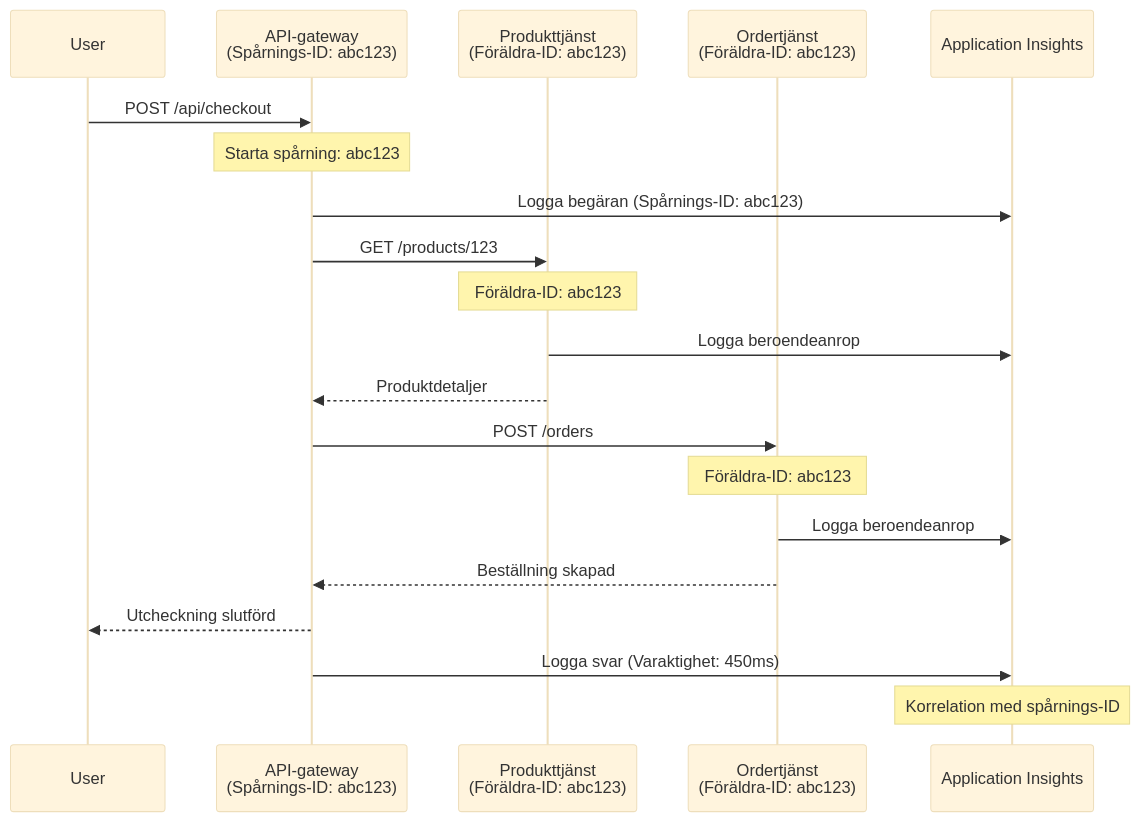
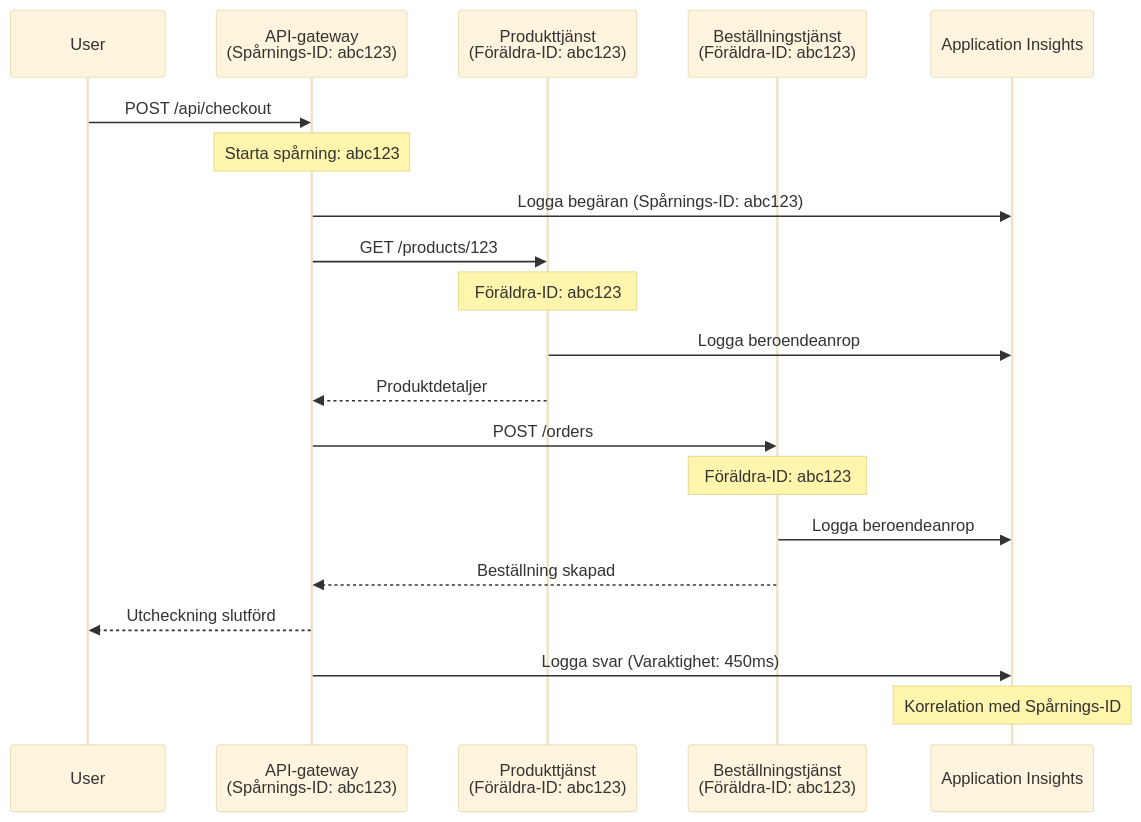
The second of 2 diagrams in translations/sv/docs/chapter-06-pre-deployment/application-insights.md (microsoft/AZD-for-beginners), drawn with Mermaid (base theme) before and after one commit. The commit also changed other lines of this file and 101 other files, not shown here.

````diff
--- a/translations/sv/docs/chapter-06-pre-deployment/application-insights.md
+++ b/translations/sv/docs/chapter-06-pre-deployment/application-insights.md
@@ -744,27 +744,27 @@
 ```mermaid
 sequenceDiagram
     participant User
     participant Gateway as API-gateway<br/>(Spårnings-ID: abc123)
     participant Product as Produkttjänst<br/>(Föräldra-ID: abc123)
-    participant Order as Ordertjänst<br/>(Föräldra-ID: abc123)
+    participant Order as Beställningstjänst<br/>(Föräldra-ID: abc123)
     participant AppInsights as Application Insights
     
     User->>Gateway: POST /api/checkout
     Note over Gateway: Starta spårning: abc123
     Gateway->>AppInsights: Logga begäran (Spårnings-ID: abc123)
     
     Gateway->>Product: GET /products/123
     Note over Product: Föräldra-ID: abc123
     Product->>AppInsights: Logga beroendeanrop
     Product-->>Gateway: Produktdetaljer
     
     Gateway->>Order: POST /orders
     Note over Order: Föräldra-ID: abc123
     Order->>AppInsights: Logga beroendeanrop
     Order-->>Gateway: Beställning skapad
     
     Gateway-->>User: Utcheckning slutförd
     Gateway->>AppInsights: Logga svar (Varaktighet: 450ms)
     
-    Note over AppInsights: Korrelation med spårnings-ID
+    Note over AppInsights: Korrelation med Spårnings-ID
 ```
````
